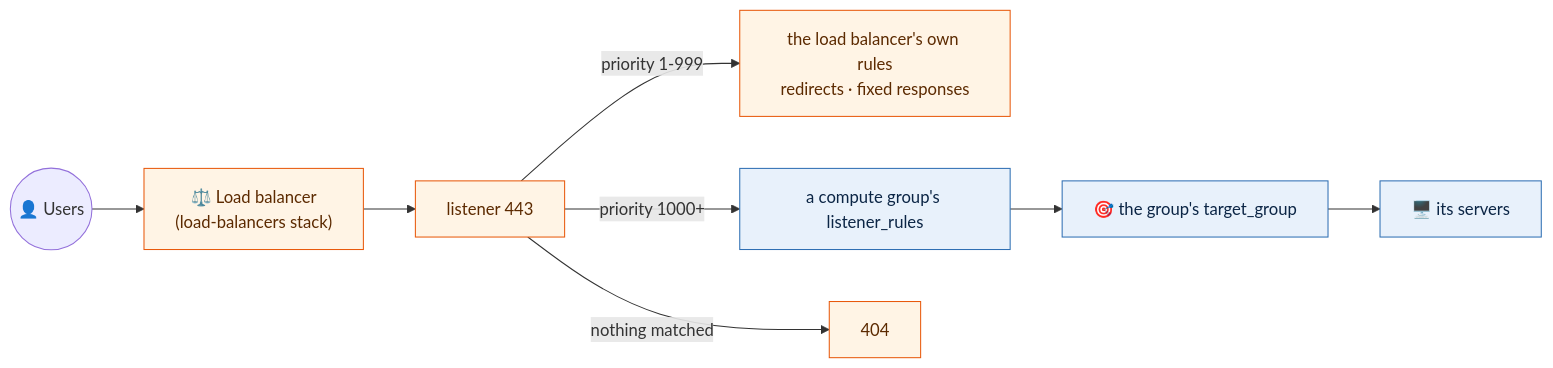
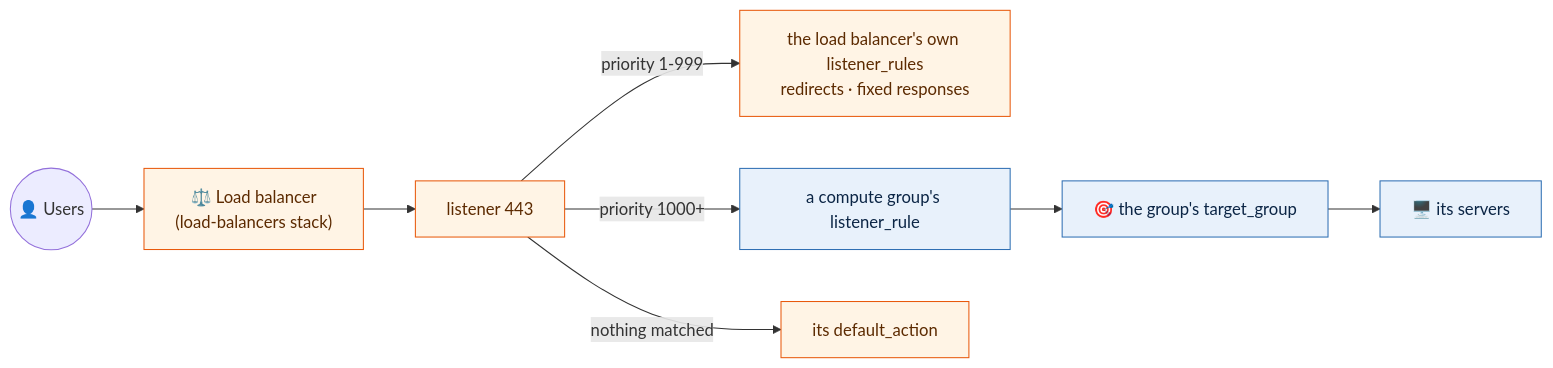
The diagram in docs/load-balancers.md (justin-samuel12/terraform-aws-scaffold), drawn with Mermaid before and after one commit. The commit also changed other lines of this file and 978 other files, not shown here.

````diff
--- a/docs/load-balancers.md
+++ b/docs/load-balancers.md
@@ -27,14 +51,14 @@
 ```mermaid
 flowchart LR
   user(("👤 Users")) --> lb["⚖️ Load balancer<br/>(load-balancers stack)"]
   lb --> l443["listener 443"]
-  l443 -->|"priority 1-999"| own["the load balancer's own rules<br/>redirects · fixed responses"]
-  l443 -->|"priority 1000+"| grp["a compute group's listener_rules"]
+  l443 -->|"priority 1-999"| own["the load balancer's own listener_rules<br/>redirects · fixed responses"]
+  l443 -->|"priority 1000+"| grp["a compute group's listener_rule"]
   grp --> tg["🎯 the group's target_group"] --> servers["🖥️ its servers"]
-  l443 -->|"nothing matched"| nf["404"]
+  l443 -->|"nothing matched"| nf["its default_action"]
 
   classDef lbc fill:#fff4e5,stroke:#e8590c,color:#5c2a00
   classDef c fill:#e8f1fb,stroke:#2f6fb3,color:#0b2545
   class lb,l443,own,nf lbc
   class grp,tg,servers c
 ```
````
